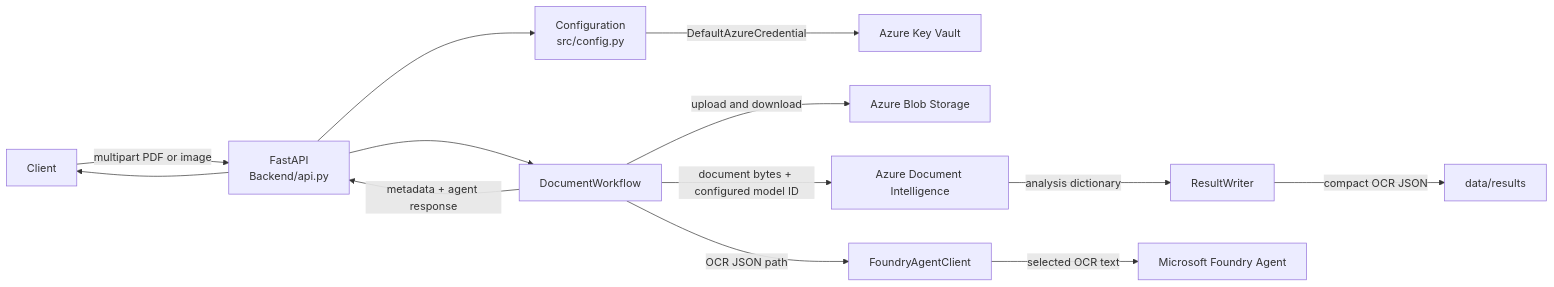
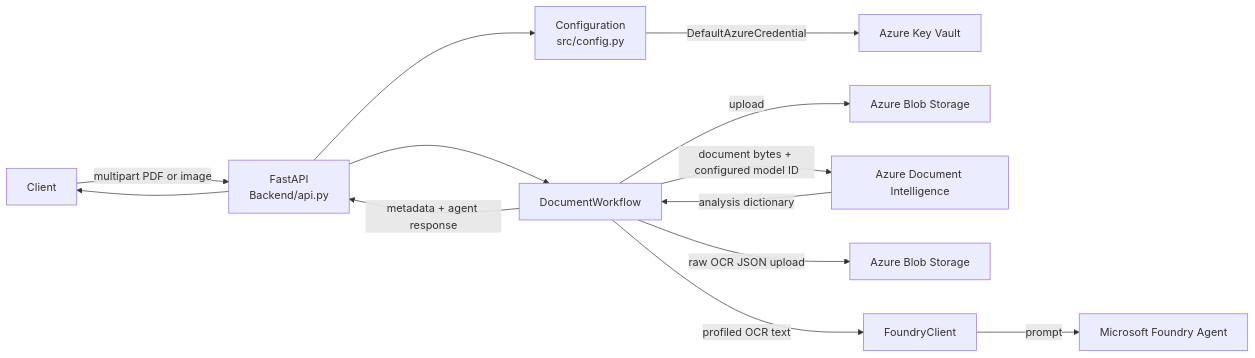
Before and after one commit to Srivighnesh/Document-Intelligence-Azure: the diagram in README.md, drawn with Mermaid. The commit also changed other lines of this file and 22 other files, not shown here.

````diff
--- a/README.md
+++ b/README.md
@@ -16,15 +16,15 @@
 ```mermaid
 flowchart LR
     U[Client] -->|multipart PDF or image| API[FastAPI<br/>Backend/api.py]
     API --> CFG[Configuration<br/>src/config.py]
     CFG -->|DefaultAzureCredential| KV[Azure Key Vault]
     API --> WF[DocumentWorkflow]
-    WF -->|upload and download| BLOB[Azure Blob Storage]
+    WF -->|upload| BLOB[Azure Blob Storage]
     WF -->|document bytes + configured model ID| DI[Azure Document Intelligence]
-    DI -->|analysis dictionary| RW[ResultWriter]
-    RW -->|compact OCR JSON| LOCAL[data/results]
-    WF -->|OCR JSON path| FA[FoundryAgentClient]
-    FA -->|selected OCR text| F[Microsoft Foundry Agent]
+    DI -->|analysis dictionary| WF
+    WF -->|raw OCR JSON upload| OCRBLOB[Azure Blob Storage]
+    WF -->|profiled OCR text| FA[FoundryClient]
+    FA -->|prompt| F[Microsoft Foundry Agent]
     WF -->|metadata + agent response| API
     API --> U
 ```
````
